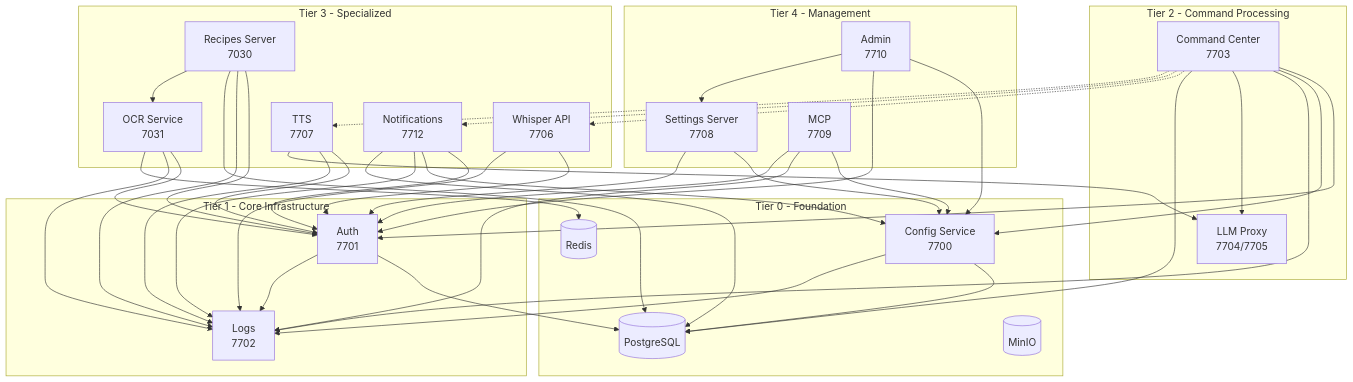
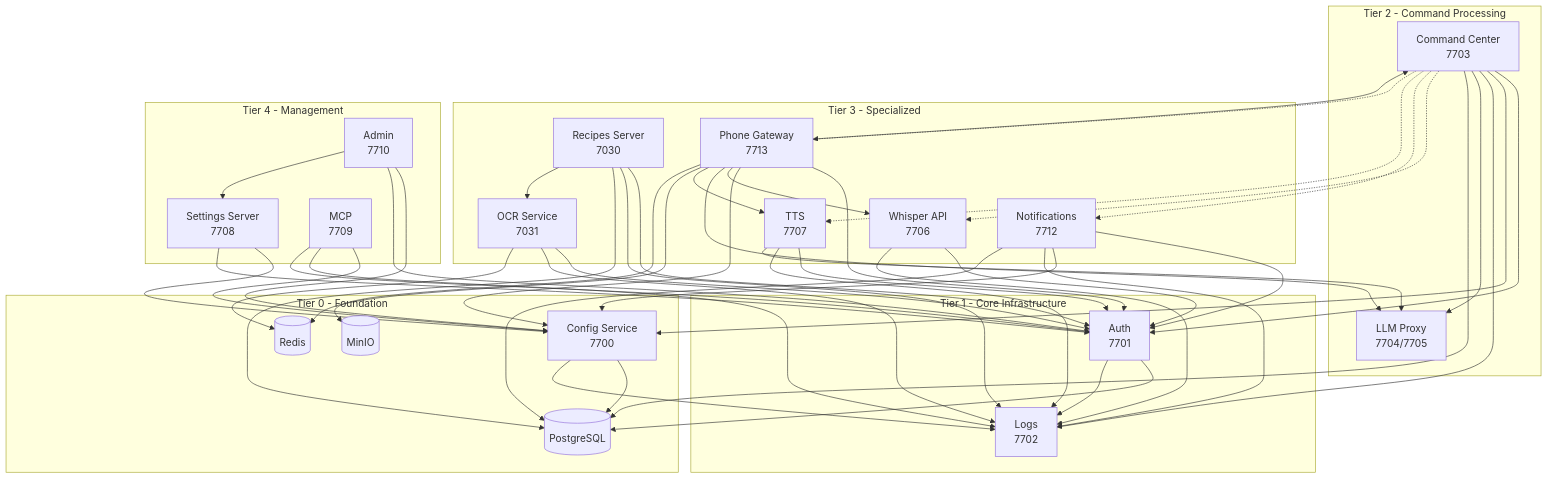
The diagram in docs/services/index.md (alexberardi/jarvis-docs), drawn with Mermaid before and after one commit. The commit also changed other lines of this file, not shown here.

Commit message:
docs(jarvis-phone-gateway): sync from #2

````diff
--- a/docs/services/index.md
+++ b/docs/services/index.md
@@ -63,6 +64,7 @@
         OCR[OCR Service<br/>7031]
         RECIPES[Recipes Server<br/>7030]
         NOTIF[Notifications<br/>7712]
+        PHONE[Phone Gateway<br/>7713]
     end
 
     subgraph "Tier 4 - Management"
@@ -101,6 +103,14 @@
     NOTIF --> CONFIG
     NOTIF --> LOGS
     NOTIF --> PG
+    PHONE --> AUTH
+    PHONE --> CONFIG
+    PHONE --> CC
+    PHONE --> WHISPER
+    PHONE --> LLM
+    PHONE --> TTS
+    PHONE --> REDIS
+    PHONE --> MINIO
 
     %% Tier 4
     SETTINGS --> CONFIG
@@ -116,4 +126,5 @@
     CC -.-> WHISPER
     CC -.-> NOTIF
     CC -.-> TTS
+    CC -.-> PHONE
 ```
````
